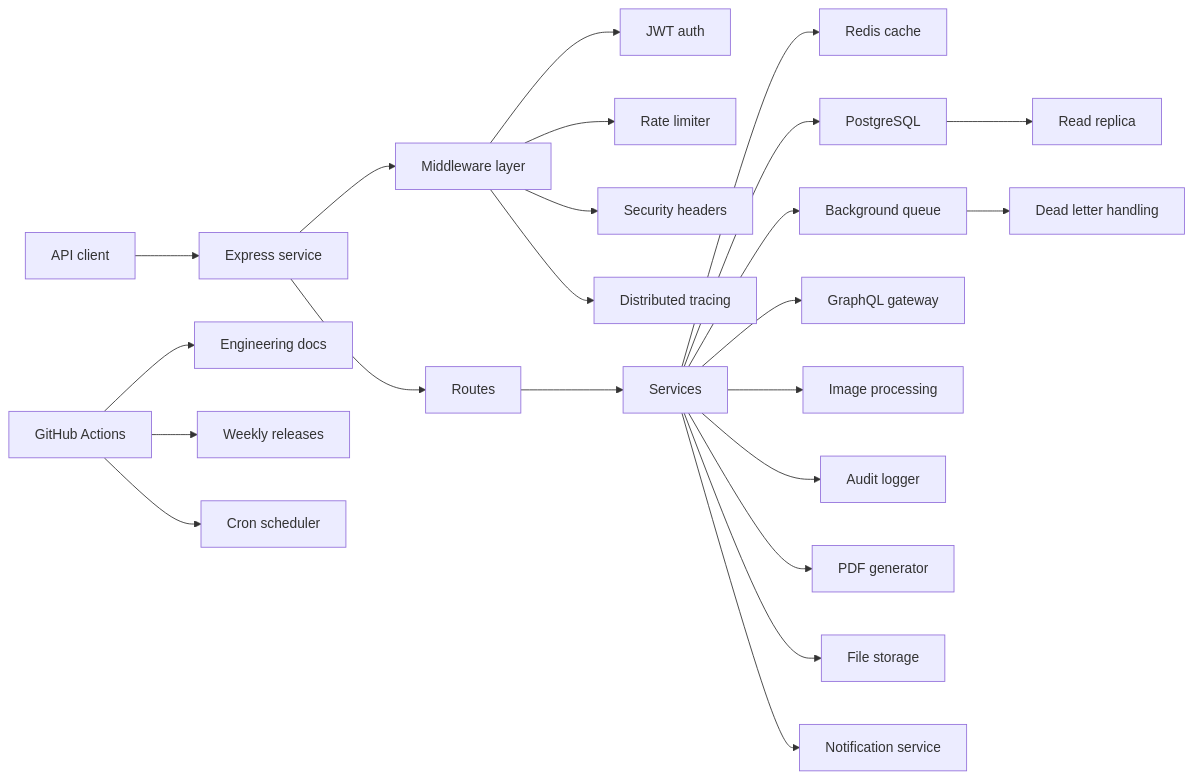
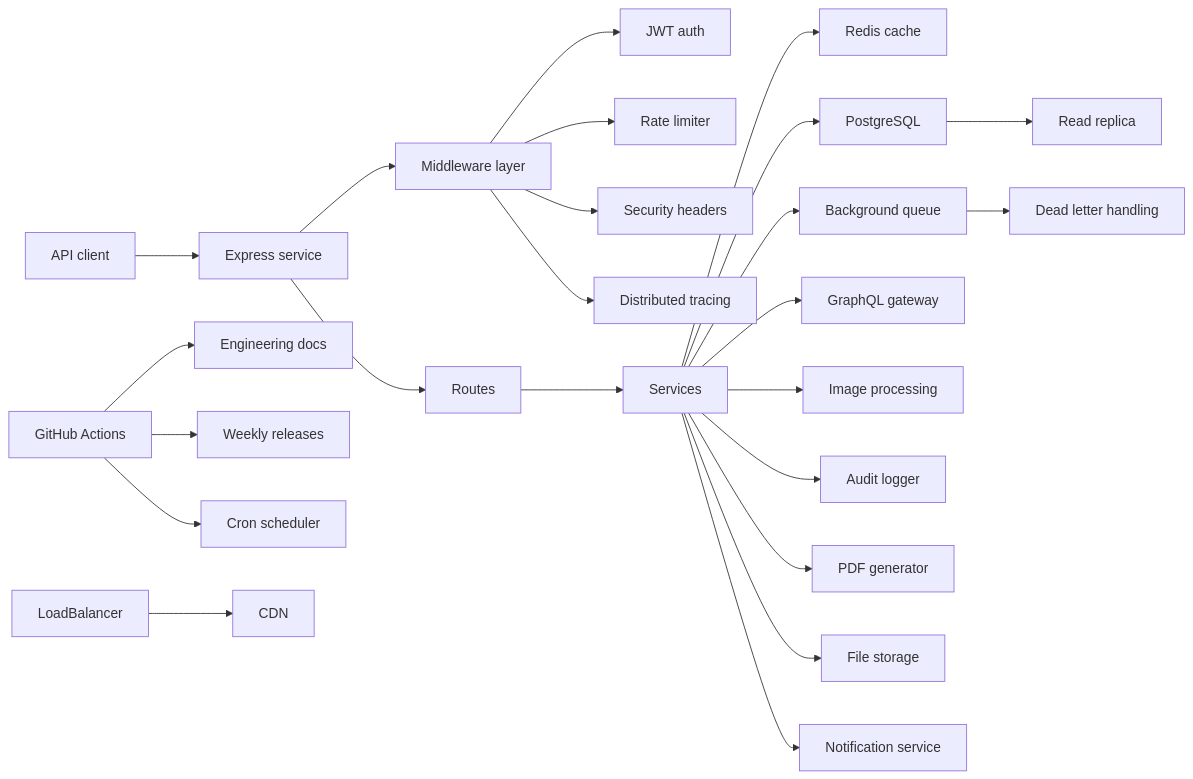
The diagram in README.md (P-r-e-m-i-u-m/Nexpex), drawn with Mermaid before and after one commit.

Commit message:
docs: grow system snapshot diagram 2026-07-15

````diff
--- a/README.md
+++ b/README.md
@@ -24,25 +24,26 @@
 ```mermaid
 flowchart LR
   Client["API client"] --> Express["Express service"]
   Express --> Middleware["Middleware layer"]
   Middleware --> Auth["JWT auth"]
   Middleware --> RateLimit["Rate limiter"]
   Middleware --> Security["Security headers"]
   Express --> Routes["Routes"]
   Routes --> Services["Services"]
   Services --> Redis["Redis cache"]
   Services --> Postgres["PostgreSQL"]
   Services --> Queue["Background queue"]
   Queue --> DLQ["Dead letter handling"]
   Actions["GitHub Actions"] --> Docs["Engineering docs"]
   Actions --> Releases["Weekly releases"]
   Services --> GraphqlGW["GraphQL gateway"]
   Services --> ImageProcessing["Image processing"]
   Middleware --> Tracing["Distributed tracing"]
   Actions --> CronScheduler["Cron scheduler"]
   Services --> AuditLog["Audit logger"]
   Services --> PdfGenerator["PDF generator"]
   Postgres --> ReadReplica["Read replica"]
   Services --> FileStorage["File storage"]
   Services --> Notifications["Notification service"]
+  LoadBalancer --> CDN["CDN"]
 ```
````
